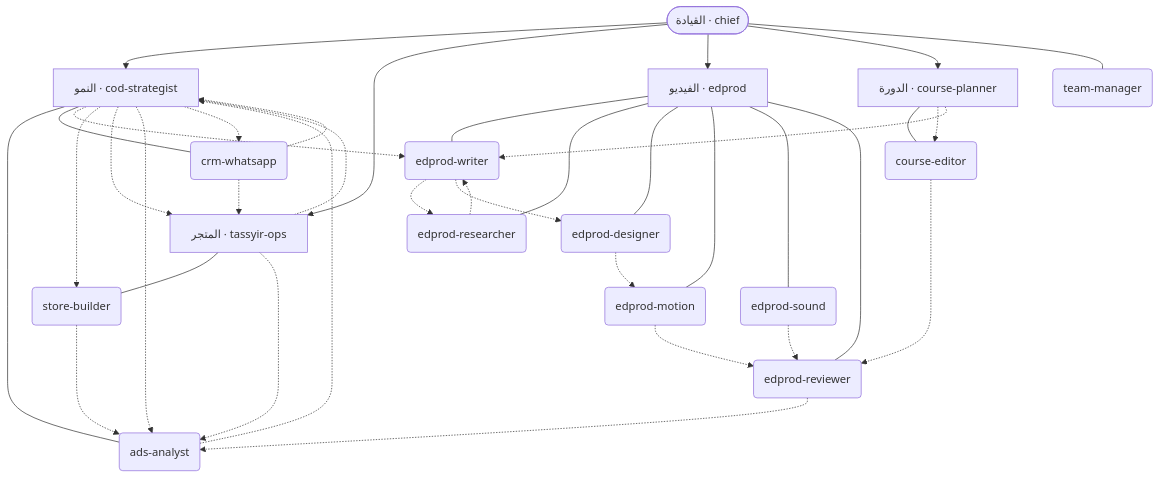
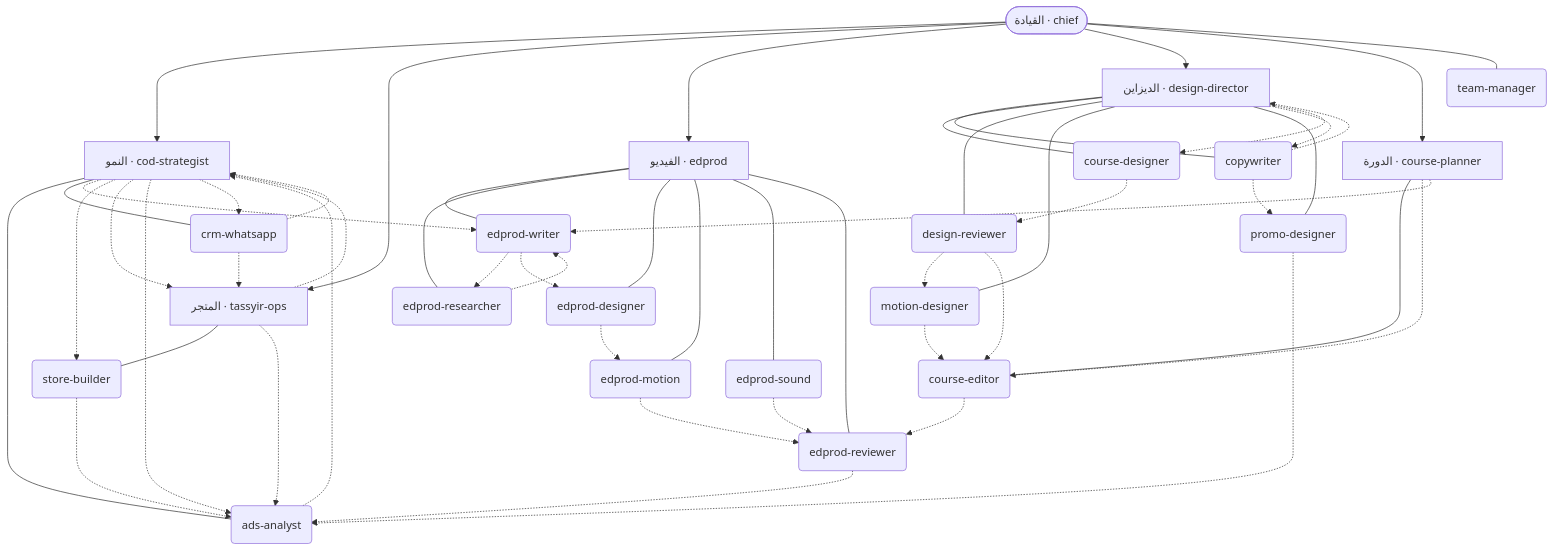
Before and after one commit to na7lamouha-ops/My-Mind-OS: the diagram in .claude/team/TEAM.md, drawn with Mermaid. The commit also changed other lines of this file and 9 other files, not shown here.

````diff
--- a/.claude/team/TEAM.md
+++ b/.claude/team/TEAM.md
@@ -9,41 +9,56 @@
 ```mermaid
 flowchart TB
   chief(["القيادة · chief"])
   chief --> growth["النمو · cod-strategist"]
   chief --> store["المتجر · tassyir-ops"]
   chief --> edprod["الفيديو · edprod"]
+  chief --> design["الديزاين · design-director"]
   chief --> course["الدورة · course-planner"]
   chief --- team_manager("team-manager")
   growth --- ads_analyst("ads-analyst")
   growth --- crm_whatsapp("crm-whatsapp")
   store --- store_builder("store-builder")
   edprod --- edprod_writer("edprod-writer")
   edprod --- edprod_researcher("edprod-researcher")
   edprod --- edprod_designer("edprod-designer")
   edprod --- edprod_motion("edprod-motion")
   edprod --- edprod_sound("edprod-sound")
   edprod --- edprod_reviewer("edprod-reviewer")
   course --- course_editor("course-editor")
+  design --- copywriter("copywriter")
+  design --- course_designer("course-designer")
+  design --- design_reviewer("design-reviewer")
+  design --- motion_designer("motion-designer")
+  design --- promo_designer("promo-designer")
   %% روابط الخدمة (feeds)
   growth -.-> edprod_writer
   growth -.-> store_builder
   growth -.-> store
   growth -.-> ads_analyst
   growth -.-> crm_whatsapp
   ads_analyst -.-> growth
   crm_whatsapp -.-> store
   crm_whatsapp -.-> growth
   store -.-> growth
   store -.-> ads_analyst
   store_builder -.-> ads_analyst
   edprod_writer -.-> edprod_researcher
   edprod_writer -.-> edprod_designer
   edprod_researcher -.-> edprod_writer
   edprod_designer -.-> edprod_motion
   edprod_motion -.-> edprod_reviewer
   edprod_sound -.-> edprod_reviewer
   edprod_reviewer -.-> ads_analyst
   course -.-> course_editor
   course -.-> edprod_writer
   course_editor -.-> edprod_reviewer
+  design -.-> copywriter
+  design -.-> course_designer
+  copywriter -.-> design
+  copywriter -.-> promo_designer
+  course_designer -.-> design_reviewer
+  design_reviewer -.-> motion_designer
+  design_reviewer -.-> course_editor
+  motion_designer -.-> course_editor
+  promo_designer -.-> ads_analyst
 ```
````
